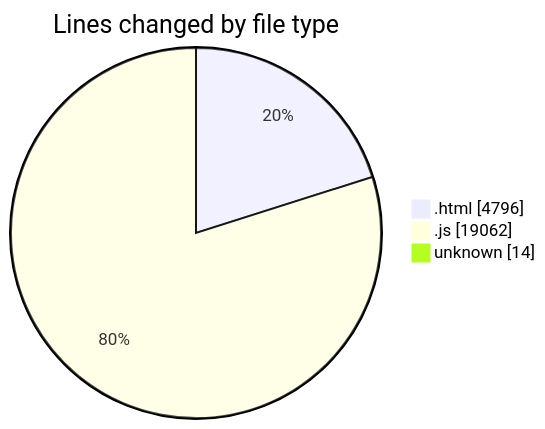
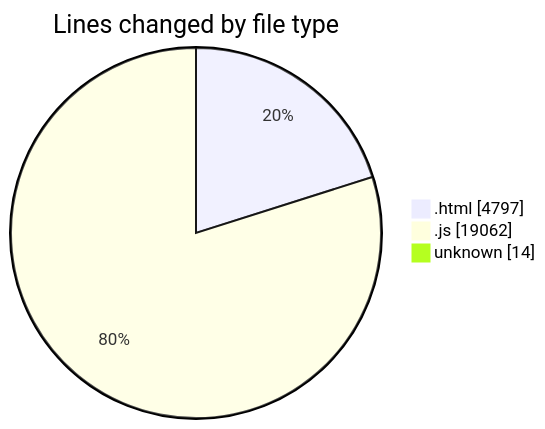
Before and after one commit to LanceThiago/code-tracking: the first of 2 diagrams in 2025-04-24/enre_-_calculadora_de_consumo_v_2022_files/README.md, drawn with Mermaid. The commit also changed other lines of this file and 1 other file, not shown here.

````diff
--- a/2025-04-24/enre_-_calculadora_de_consumo_v_2022_files/README.md
+++ b/2025-04-24/enre_-_calculadora_de_consumo_v_2022_files/README.md
@@ -22,7 +22,7 @@
 ```mermaid
 pie showData
 title Lines changed by file type
-".html" : 4796
+".html" : 4797
 ".js" : 19062
 "unknown" : 14
 ```
````
